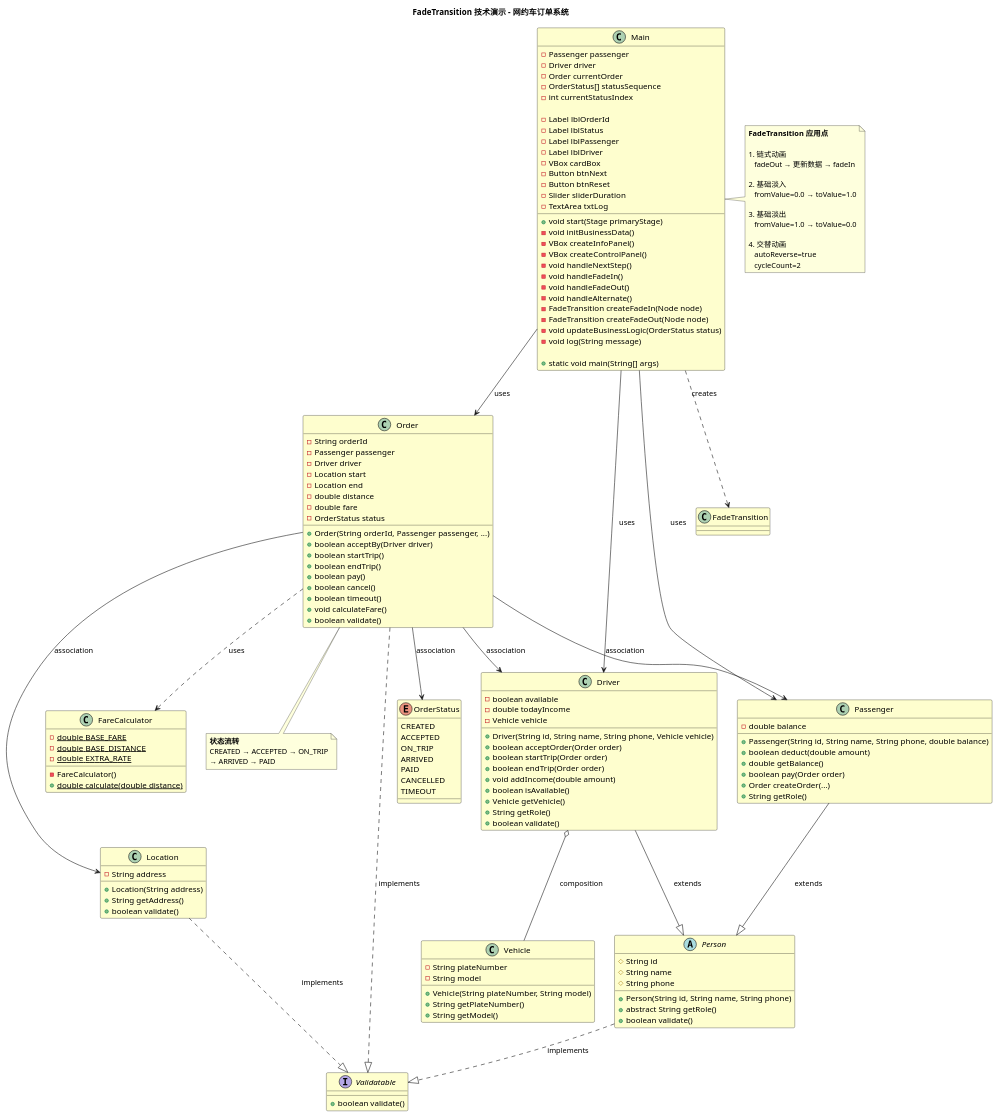
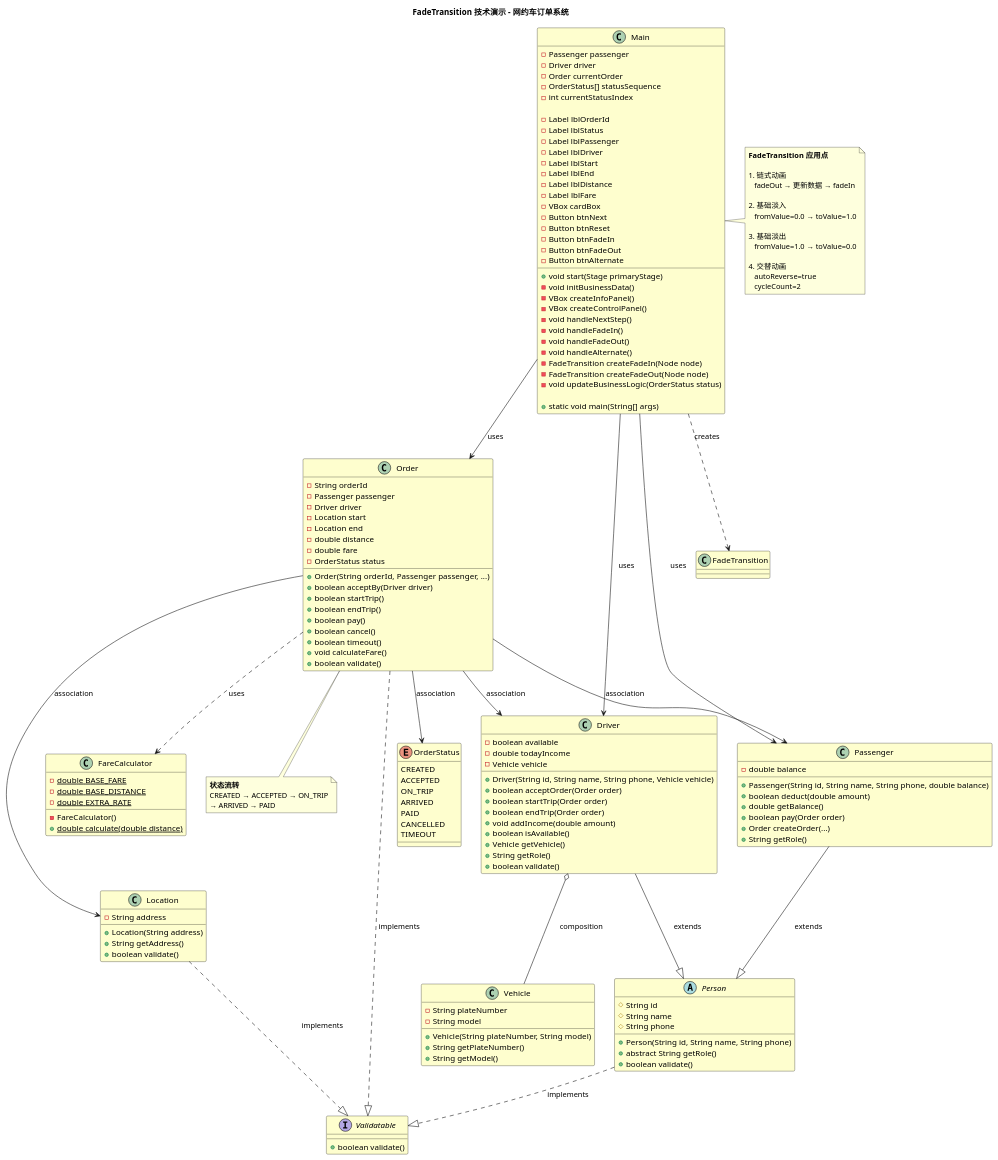
The diagram in FadeTransition_demo.puml (OrdinaryPerson404/Online_car_hailing), drawn with PlantUML before and after one commit. The commit also changed 4 other files, not shown here.

```diff
--- a/FadeTransition_demo.puml
+++ b/FadeTransition_demo.puml
@@ -1,180 +1,184 @@
 @startuml FadeTransition演示系统类图
 
 skinparam backgroundColor white
 skinparam classBackgroundColor #FEFECE
 skinparam classBorderColor black
 
 title FadeTransition 技术演示 - 网约车订单系统
 
 ' 接口
 interface Validatable {
     + boolean validate()
 }
 
 ' 抽象类
 abstract class Person {
     # String id
     # String name
     # String phone
     + Person(String id, String name, String phone)
     + abstract String getRole()
     + boolean validate()
 }
 
 ' 枚举
 enum OrderStatus {
     CREATED
     ACCEPTED
     ON_TRIP
     ARRIVED
     PAID
     CANCELLED
     TIMEOUT
 }
 
 ' 实体类
 class Location {
     - String address
     + Location(String address)
     + String getAddress()
     + boolean validate()
 }
 
 class Vehicle {
     - String plateNumber
     - String model
     + Vehicle(String plateNumber, String model)
     + String getPlateNumber()
     + String getModel()
 }
 
 class Passenger {
     - double balance
     + Passenger(String id, String name, String phone, double balance)
     + boolean deduct(double amount)
     + double getBalance()
     + boolean pay(Order order)
     + Order createOrder(...)
     + String getRole()
 }
 
 class Driver {
     - boolean available
     - double todayIncome
     - Vehicle vehicle
     + Driver(String id, String name, String phone, Vehicle vehicle)
     + boolean acceptOrder(Order order)
     + boolean startTrip(Order order)
     + boolean endTrip(Order order)
     + void addIncome(double amount)
     + boolean isAvailable()
     + Vehicle getVehicle()
     + String getRole()
     + boolean validate()
 }
 
 class Order {
     - String orderId
     - Passenger passenger
     - Driver driver
     - Location start
     - Location end
     - double distance
     - double fare
     - OrderStatus status
     + Order(String orderId, Passenger passenger, ...)
     + boolean acceptBy(Driver driver)
     + boolean startTrip()
     + boolean endTrip()
     + boolean pay()
     + boolean cancel()
     + boolean timeout()
     + void calculateFare()
     + boolean validate()
 }
 
 class FareCalculator {
     {static} - double BASE_FARE
     {static} - double BASE_DISTANCE
     {static} - double EXTRA_RATE
     - FareCalculator()
     {static} + double calculate(double distance)
 }
 
 ' JavaFX UI 类（主入口）
 class Main {
     - Passenger passenger
     - Driver driver
     - Order currentOrder
     - OrderStatus[] statusSequence
     - int currentStatusIndex
     
     - Label lblOrderId
     - Label lblStatus
     - Label lblPassenger
     - Label lblDriver
+    - Label lblStart
+    - Label lblEnd
+    - Label lblDistance
+    - Label lblFare
     - VBox cardBox
     - Button btnNext
     - Button btnReset
-    - Slider sliderDuration
-    - TextArea txtLog
+    - Button btnFadeIn
+    - Button btnFadeOut
+    - Button btnAlternate
     
     + void start(Stage primaryStage)
     - void initBusinessData()
     - VBox createInfoPanel()
     - VBox createControlPanel()
     - void handleNextStep()
     - void handleFadeIn()
     - void handleFadeOut()
     - void handleAlternate()
     - FadeTransition createFadeIn(Node node)
     - FadeTransition createFadeOut(Node node)
     - void updateBusinessLogic(OrderStatus status)
-    - void log(String message)
     
     + static void main(String[] args)
 }
 
 ' 关系定义
 Person ..|> Validatable : implements
 Passenger --|> Person : extends
 Driver --|> Person : extends
 Location ..|> Validatable : implements
 Order ..|> Validatable : implements
 
 Driver o-- Vehicle : composition
 Order --> Passenger : association
 Order --> Driver : association
 Order --> Location : association
 Order --> OrderStatus : association
 Order ..> FareCalculator : uses
 
 Main --> Order : uses
 Main --> Passenger : uses
 Main --> Driver : uses
 Main ..> FadeTransition : creates
 
 note right of Main
   <b>FadeTransition 应用点</b>
   
   1. 链式动画
      fadeOut → 更新数据 → fadeIn
   
   2. 基础淡入
      fromValue=0.0 → toValue=1.0
   
   3. 基础淡出
      fromValue=1.0 → toValue=0.0
   
   4. 交替动画
      autoReverse=true
      cycleCount=2
 end note
 
 note bottom of Order
   <b>状态流转</b>
   CREATED → ACCEPTED → ON_TRIP
   → ARRIVED → PAID
 end note
 
 @enduml
```
